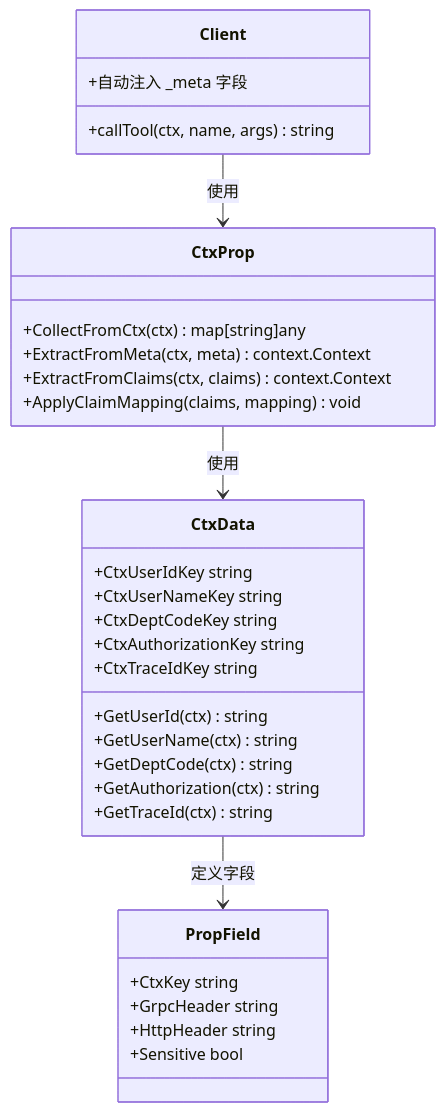
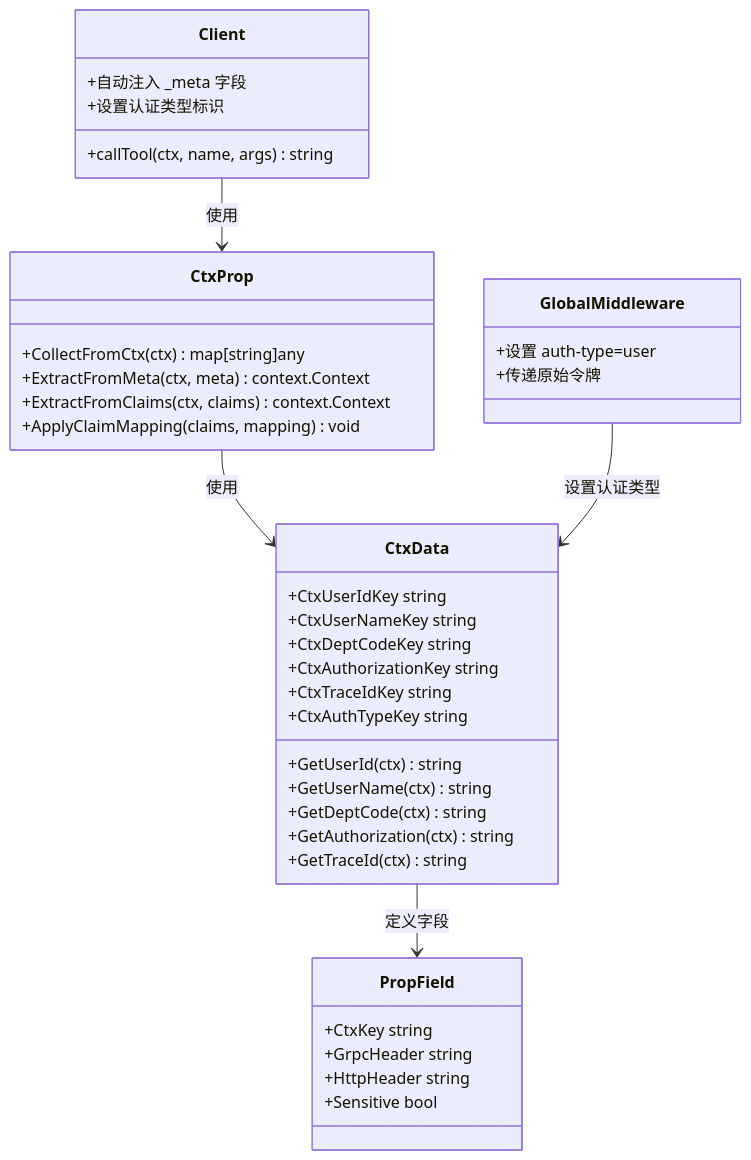
The fifth of 6 diagrams in .qoder/repowiki/zh/content/Mcpx Authentication System.md (maomao94/zero-service), drawn with Mermaid before and after one commit. The commit also changed other lines of this file and 7 other files, not shown here.

````diff
--- a/.qoder/repowiki/zh/content/Mcpx Authentication System.md
+++ b/.qoder/repowiki/zh/content/Mcpx Authentication System.md
@@ -273,34 +298,41 @@
 ```mermaid
 classDiagram
 class CtxProp {
 +CollectFromCtx(ctx) map[string]any
 +ExtractFromMeta(ctx, meta) context.Context
 +ExtractFromClaims(ctx, claims) context.Context
 +ApplyClaimMapping(claims, mapping) void
 }
 class CtxData {
 +CtxUserIdKey string
 +CtxUserNameKey string
 +CtxDeptCodeKey string
 +CtxAuthorizationKey string
 +CtxTraceIdKey string
++CtxAuthTypeKey string
 +GetUserId(ctx) string
 +GetUserName(ctx) string
 +GetDeptCode(ctx) string
 +GetAuthorization(ctx) string
 +GetTraceId(ctx) string
 }
 class PropField {
 +CtxKey string
 +GrpcHeader string
 +HttpHeader string
 +Sensitive bool
 }
 class Client {
 +callTool(ctx, name, args) string
 +自动注入 _meta 字段
++设置认证类型标识
+}
+class GlobalMiddleware {
++设置 auth-type=user
++传递原始令牌
 }
 CtxProp --> CtxData : 使用
 CtxData --> PropField : 定义字段
 Client --> CtxProp : 使用
+GlobalMiddleware --> CtxData : 设置认证类型
 ```
````
